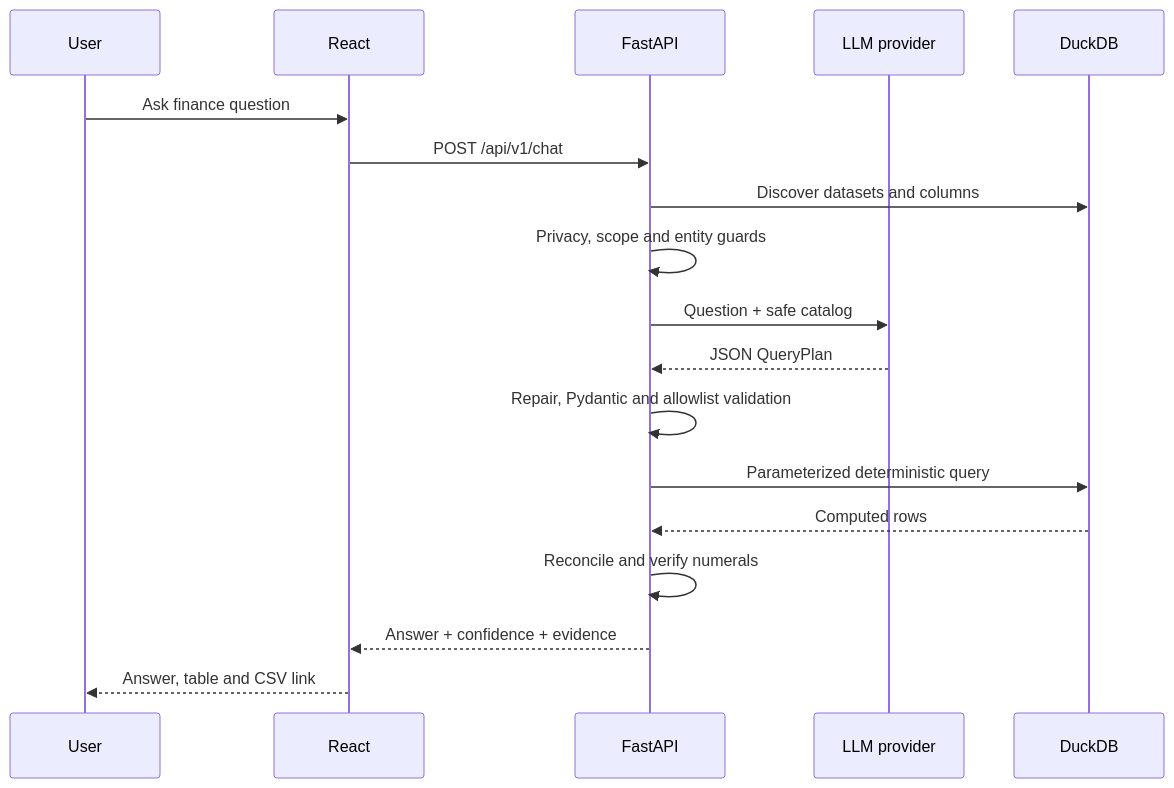
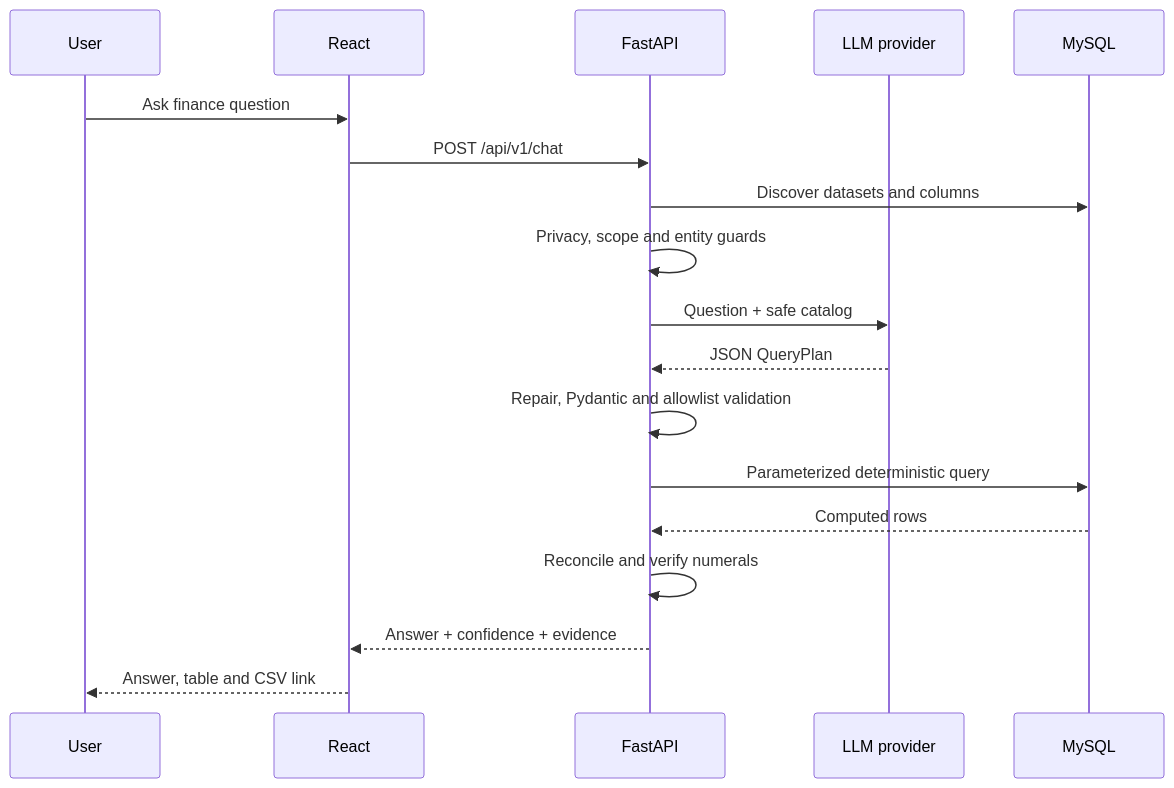
The third of 4 diagrams in docs/ARCHITECTURE.md (MenigStar91/tbx-ai-assistant), drawn with Mermaid before and after one commit. The commit also changed other lines of this file, not shown here.

Commit message:
Move runtime analytics to introspected MySQL: docs/ARCHITECTURE.md

````diff
--- a/docs/ARCHITECTURE.md
+++ b/docs/ARCHITECTURE.md
@@ -87,20 +89,20 @@
 ```mermaid
 sequenceDiagram
     participant U as User
     participant R as React
     participant A as FastAPI
     participant L as LLM provider
-    participant D as DuckDB
+    participant D as MySQL
     U->>R: Ask finance question
     R->>A: POST /api/v1/chat
     A->>D: Discover datasets and columns
     A->>A: Privacy, scope and entity guards
     A->>L: Question + safe catalog
     L-->>A: JSON QueryPlan
     A->>A: Repair, Pydantic and allowlist validation
     A->>D: Parameterized deterministic query
     D-->>A: Computed rows
     A->>A: Reconcile and verify numerals
     A-->>R: Answer + confidence + evidence
     R-->>U: Answer, table and CSV link
 ```
````
